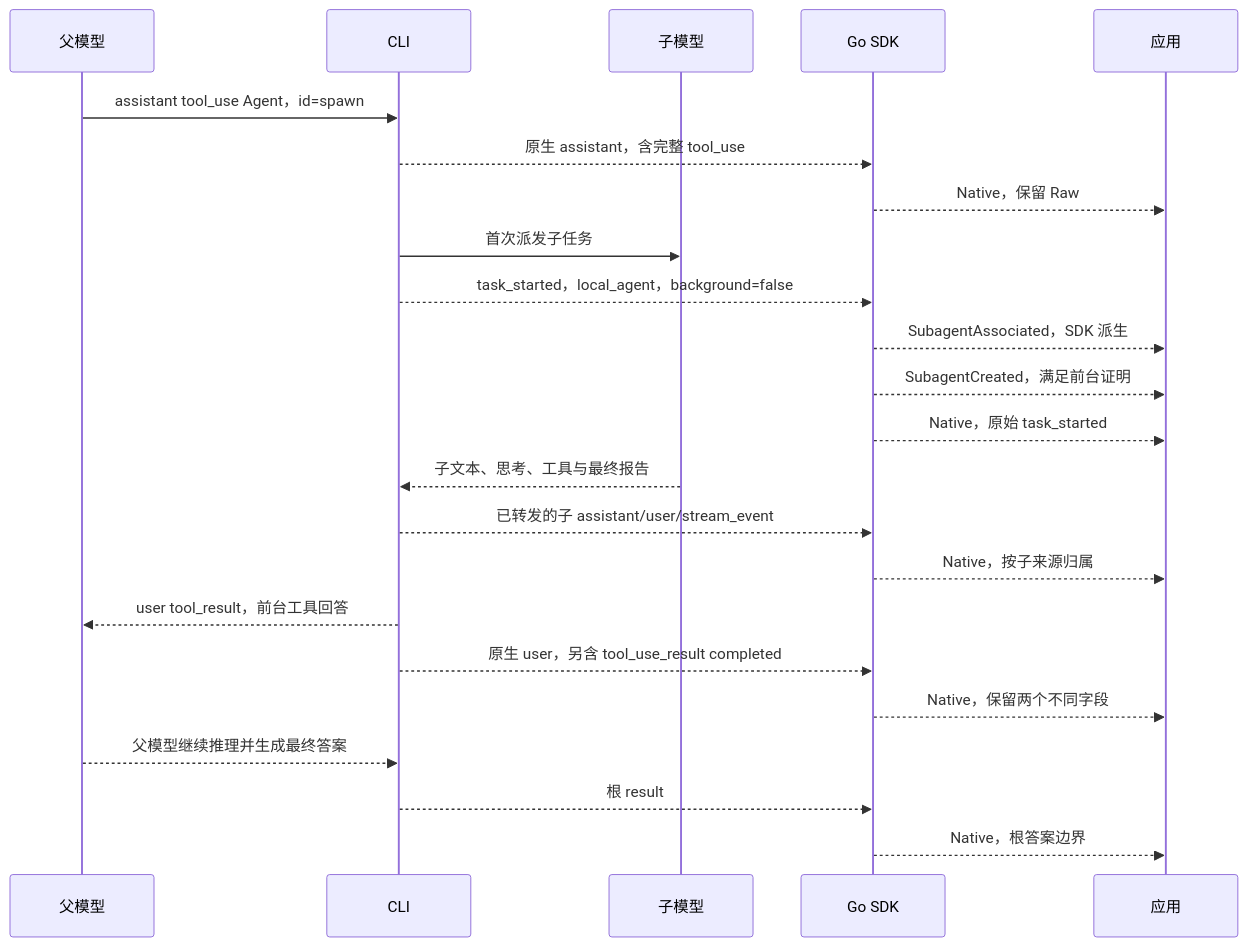
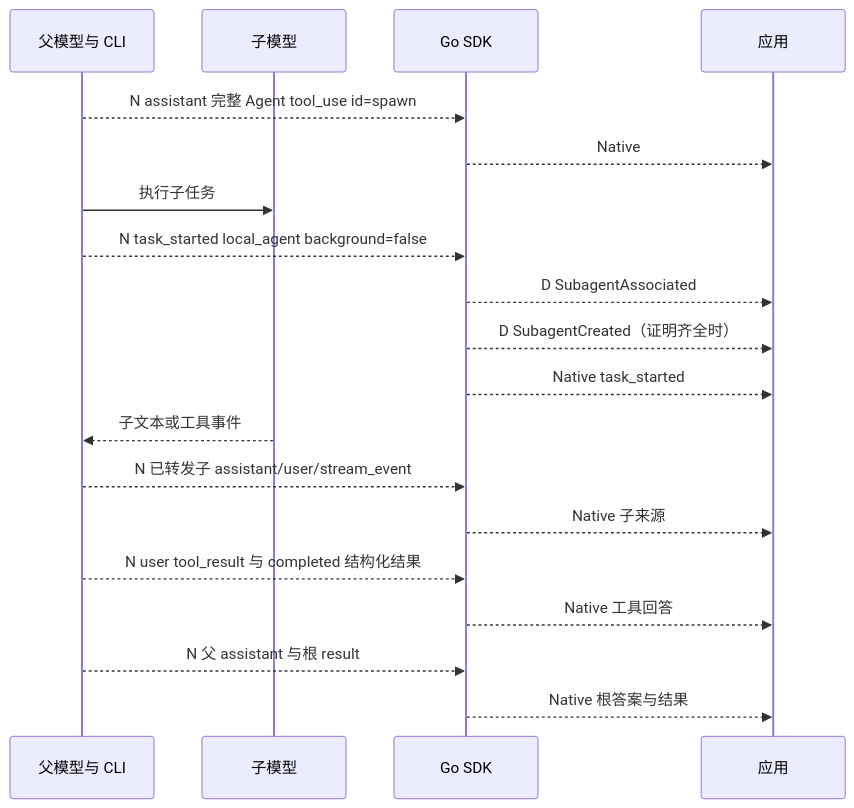
One commit to zoumo/agent-sdk-go changed the fourth of 9 diagrams in docs/event-sequences.md. Above: the diagram before and after it, drawn with Mermaid. The commit also changed other lines of this file and 32 other files, not shown here.

Commit message:
Make Open manage subagent event streams by default

````diff
--- a/docs/event-sequences.md
+++ b/docs/event-sequences.md
@@ -31,25 +119,21 @@
 ```mermaid
 sequenceDiagram
-    participant P as 父模型
-    participant C as CLI
+    participant P as 父模型与 CLI
     participant S as 子模型
     participant G as Go SDK
     participant A as 应用
-    P->>C: assistant tool_use Agent，id=spawn
-    C-->>G: 原生 assistant，含完整 tool_use
-    G-->>A: Native，保留 Raw
-    C->>S: 首次派发子任务
-    C-->>G: task_started，local_agent，background=false
-    G-->>A: SubagentAssociated，SDK 派生
-    G-->>A: SubagentCreated，满足前台证明
-    G-->>A: Native，原始 task_started
-    S-->>C: 子文本、思考、工具与最终报告
-    C-->>G: 已转发的子 assistant/user/stream_event
-    G-->>A: Native，按子来源归属
-    C-->>P: user tool_result，前台工具回答
-    C-->>G: 原生 user，另含 tool_use_result completed
-    G-->>A: Native，保留两个不同字段
-    P-->>C: 父模型继续推理并生成最终答案
-    C-->>G: 根 result
-    G-->>A: Native，根答案边界
+    P-->>G: N assistant 完整 Agent tool_use id=spawn
+    G-->>A: Native
+    P->>S: 执行子任务
+    P-->>G: N task_started local_agent background=false
+    G-->>A: D SubagentAssociated
+    G-->>A: D SubagentCreated（证明齐全时）
+    G-->>A: Native task_started
+    S-->>P: 子文本或工具事件
+    P-->>G: N 已转发子 assistant/user/stream_event
+    G-->>A: Native 子来源
+    P-->>G: N user tool_result 与 completed 结构化结果
+    G-->>A: Native 工具回答
+    P-->>G: N 父 assistant 与根 result
+    G-->>A: Native 根答案与结果
 ```
````
